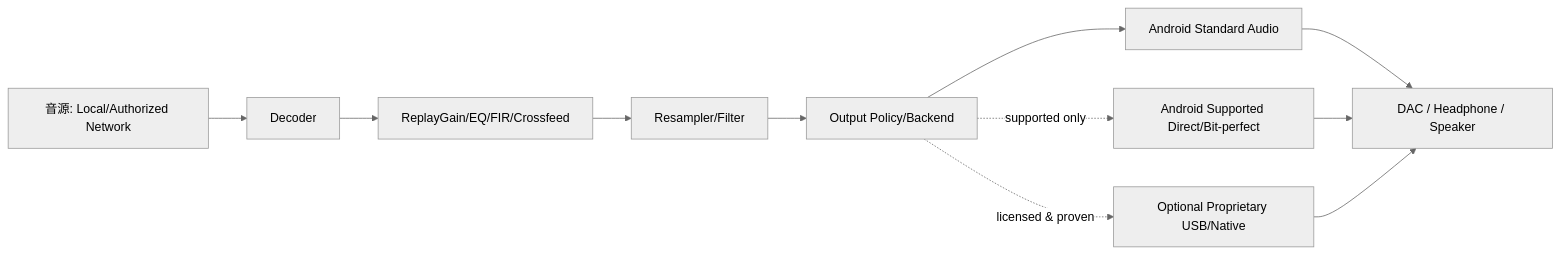
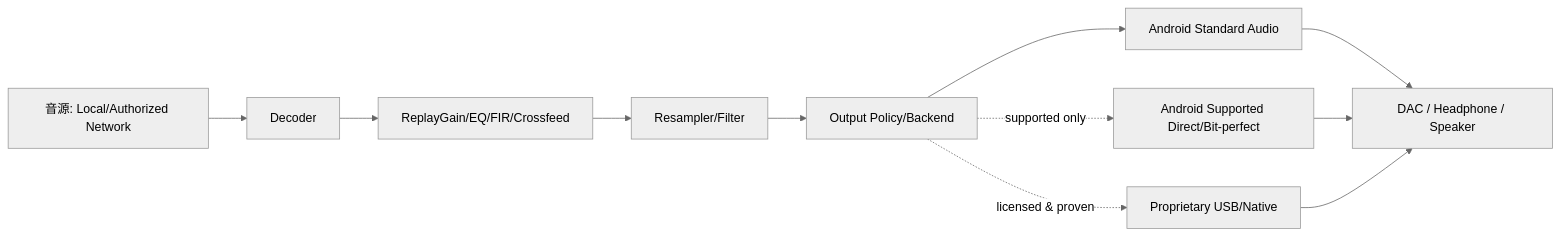
Before and after one commit to 4rtoflow/Audipp: the third of 7 diagrams in docs/specifications/02_basic_design.md, drawn with Mermaid (neutral theme). The commit also changed other lines of this file and 11 other files, not shown here.

````diff
--- a/docs/specifications/02_basic_design.md
+++ b/docs/specifications/02_basic_design.md
@@ -130,16 +136,16 @@
 ```mermaid
 flowchart LR
   Source[音源: Local/Authorized Network]
   Decoder[Decoder]
   DSP[ReplayGain/EQ/FIR/Crossfeed]
   Resample[Resampler/Filter]
   Router[Output Policy/Backend]
   Std[Android Standard Audio]
   Direct[Android Supported Direct/Bit-perfect]
-  Native[Optional Proprietary USB/Native]
+  Native[Proprietary USB/Native]
   Dev[DAC / Headphone / Speaker]
   Source --> Decoder --> DSP --> Resample --> Router
   Router --> Std --> Dev
   Router -. supported only .-> Direct --> Dev
   Router -. licensed & proven .-> Native --> Dev
 ```
````
